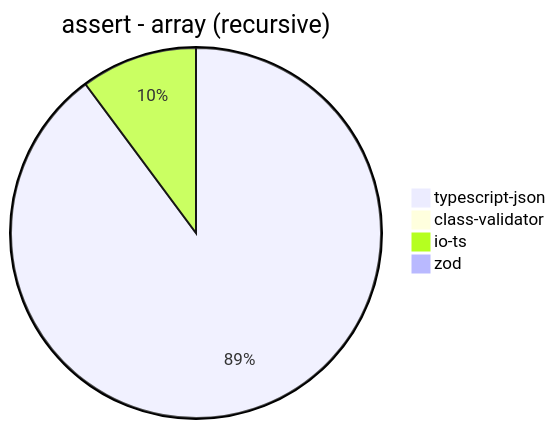
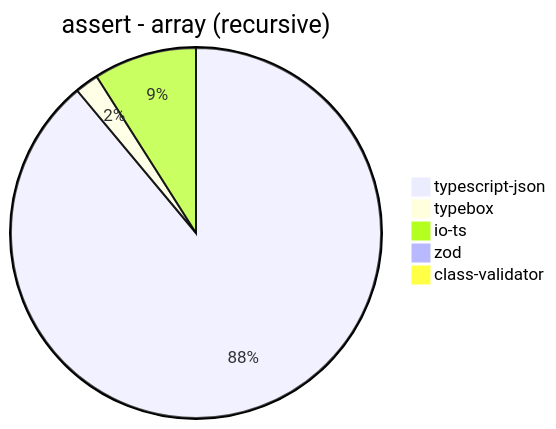
One commit to samchon/typia changed diagram 13 of 39 in benchmark/results/11th Gen Intel(R) Core(TM) i5-1135G7 @ 2.40GHz.md. Above: the diagram before and after it, drawn with Mermaid. The commit also changed other lines of this file and 16 other files, not shown here.

````diff
--- a/benchmark/results/11th Gen Intel(R) Core(TM) i5-1135G7 @ 2.40GHz.md
+++ b/benchmark/results/11th Gen Intel(R) Core(TM) i5-1135G7 @ 2.40GHz.md
@@ -154,7 +166,8 @@
 ```mermaid
 pie title assert - array (recursive)
-  "typescript-json": 1399.0221887927794
-  "class-validator": 3.762935089369708
-  "io-ts": 158.32106038291604
-  "zod": 9.297912713472487
+  "typescript-json": 1496.1313455368936
+  "typebox": 34.68208092485549
+  "io-ts": 151.48830616583982
+  "zod": 9.292622795372655
+  "class-validator": 3.3764772087788404
 ```
````
